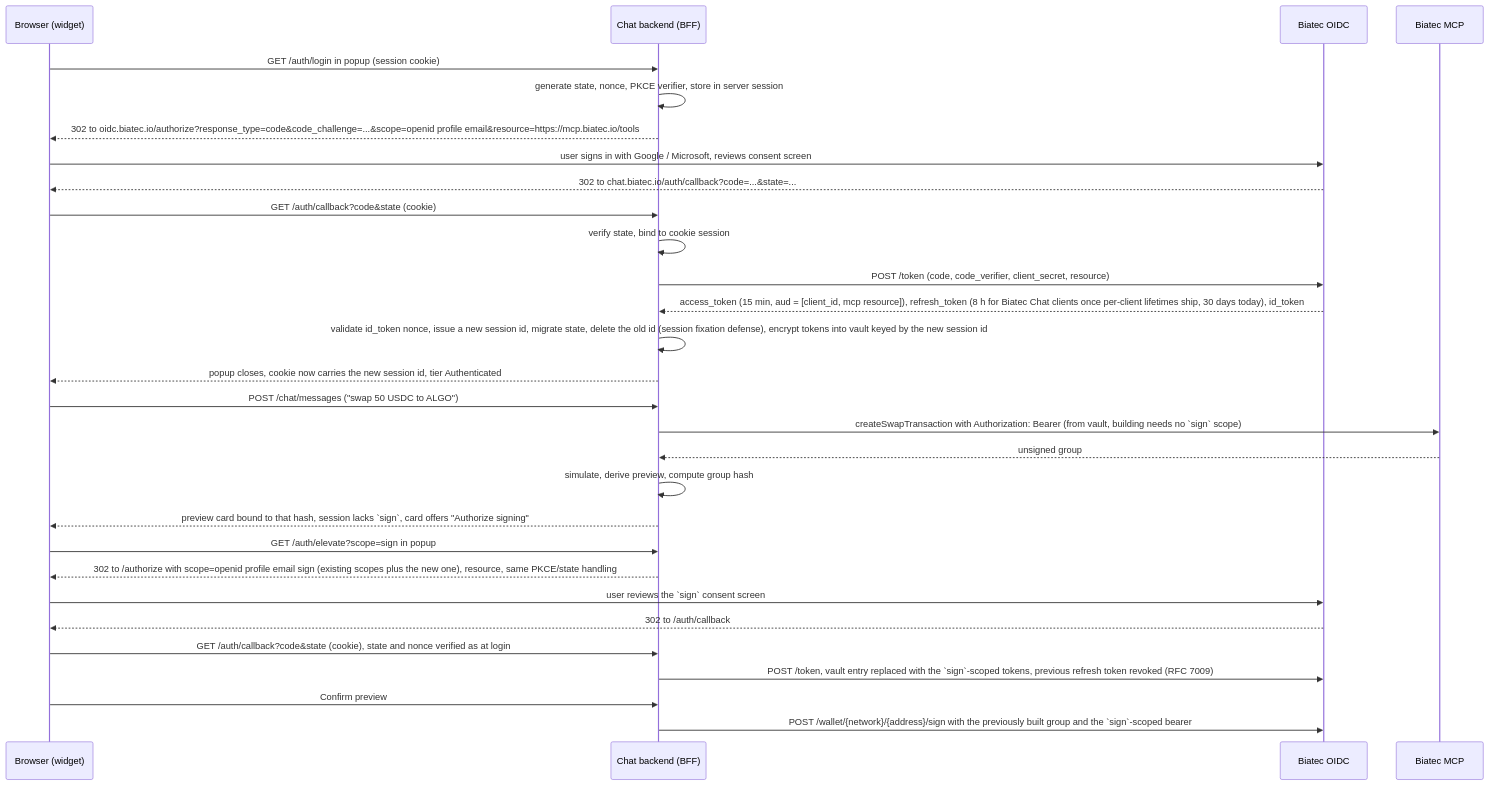
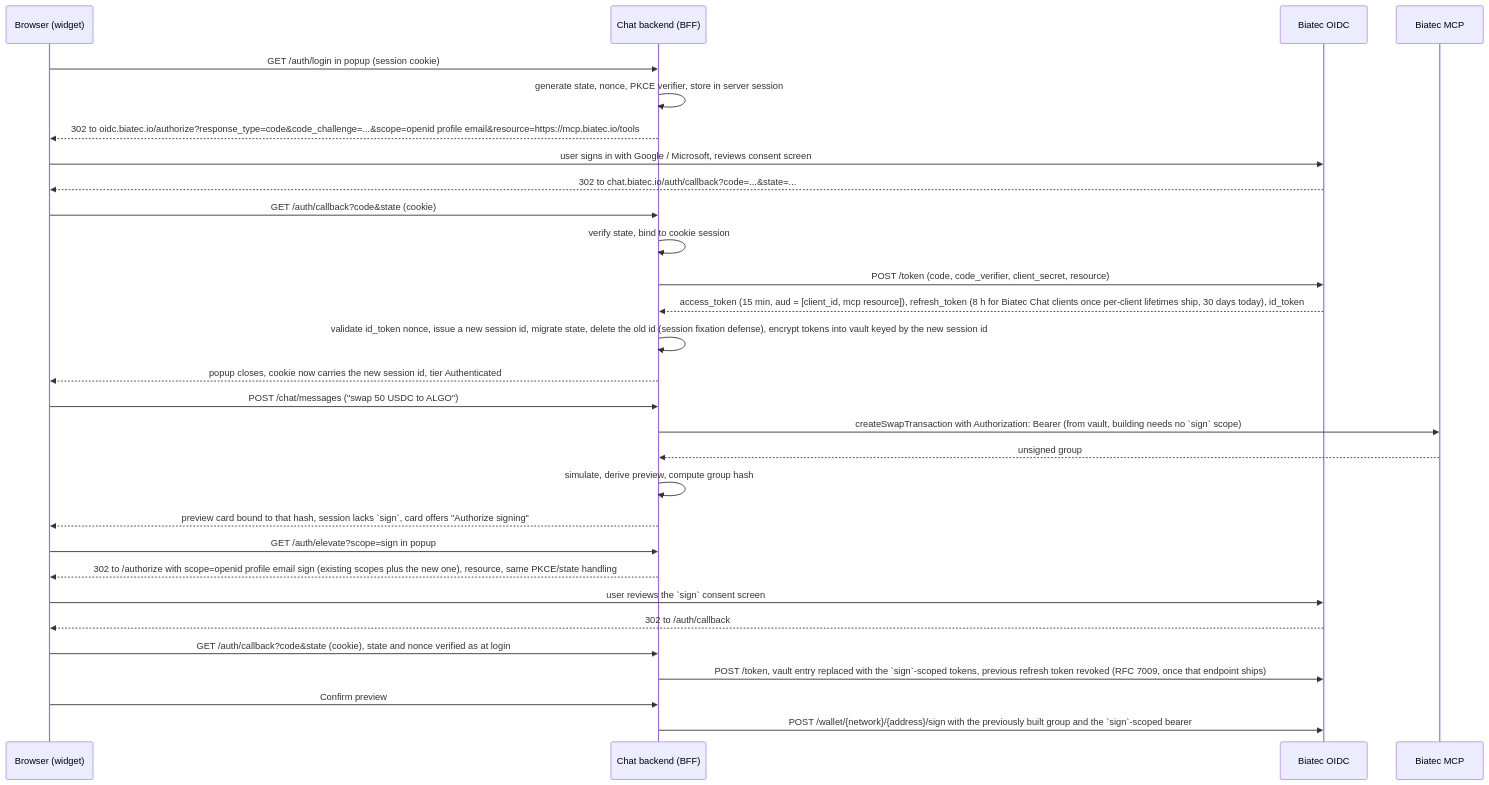
Before and after one commit to scholtz/biatec-chat: the second of 3 diagrams in PRODUCT-DESCRIPTION.md, drawn with Mermaid. The commit also changed other lines of this file, not shown here.

````diff
--- a/PRODUCT-DESCRIPTION.md
+++ b/PRODUCT-DESCRIPTION.md
@@ -316,32 +317,32 @@
 ```mermaid
 sequenceDiagram
     participant B as Browser (widget)
     participant API as Chat backend (BFF)
     participant O as Biatec OIDC
     participant M as Biatec MCP
 
     B->>API: GET /auth/login in popup (session cookie)
     API->>API: generate state, nonce, PKCE verifier, store in server session
     API-->>B: 302 to oidc.biatec.io/authorize?response_type=code&code_challenge=...&scope=openid profile email&resource=https://mcp.biatec.io/tools
     B->>O: user signs in with Google / Microsoft, reviews consent screen
     O-->>B: 302 to chat.biatec.io/auth/callback?code=...&state=...
     B->>API: GET /auth/callback?code&state (cookie)
     API->>API: verify state, bind to cookie session
     API->>O: POST /token (code, code_verifier, client_secret, resource)
     O-->>API: access_token (15 min, aud = [client_id, mcp resource]), refresh_token (8 h for Biatec Chat clients once per-client lifetimes ship, 30 days today), id_token
     API->>API: validate id_token nonce, issue a new session id, migrate state, delete the old id (session fixation defense), encrypt tokens into vault keyed by the new session id
     API-->>B: popup closes, cookie now carries the new session id, tier Authenticated
     B->>API: POST /chat/messages ("swap 50 USDC to ALGO")
     API->>M: createSwapTransaction with Authorization: Bearer (from vault, building needs no `sign` scope)
     M-->>API: unsigned group
     API->>API: simulate, derive preview, compute group hash
     API-->>B: preview card bound to that hash, session lacks `sign`, card offers "Authorize signing"
     B->>API: GET /auth/elevate?scope=sign in popup
     API-->>B: 302 to /authorize with scope=openid profile email sign (existing scopes plus the new one), resource, same PKCE/state handling
     B->>O: user reviews the `sign` consent screen
     O-->>B: 302 to /auth/callback
     B->>API: GET /auth/callback?code&state (cookie), state and nonce verified as at login
-    API->>O: POST /token, vault entry replaced with the `sign`-scoped tokens, previous refresh token revoked (RFC 7009)
+    API->>O: POST /token, vault entry replaced with the `sign`-scoped tokens, previous refresh token revoked (RFC 7009, once that endpoint ships)
     B->>API: Confirm preview
     API->>O: POST /wallet/{network}/{address}/sign with the previously built group and the `sign`-scoped bearer
 ```
````
